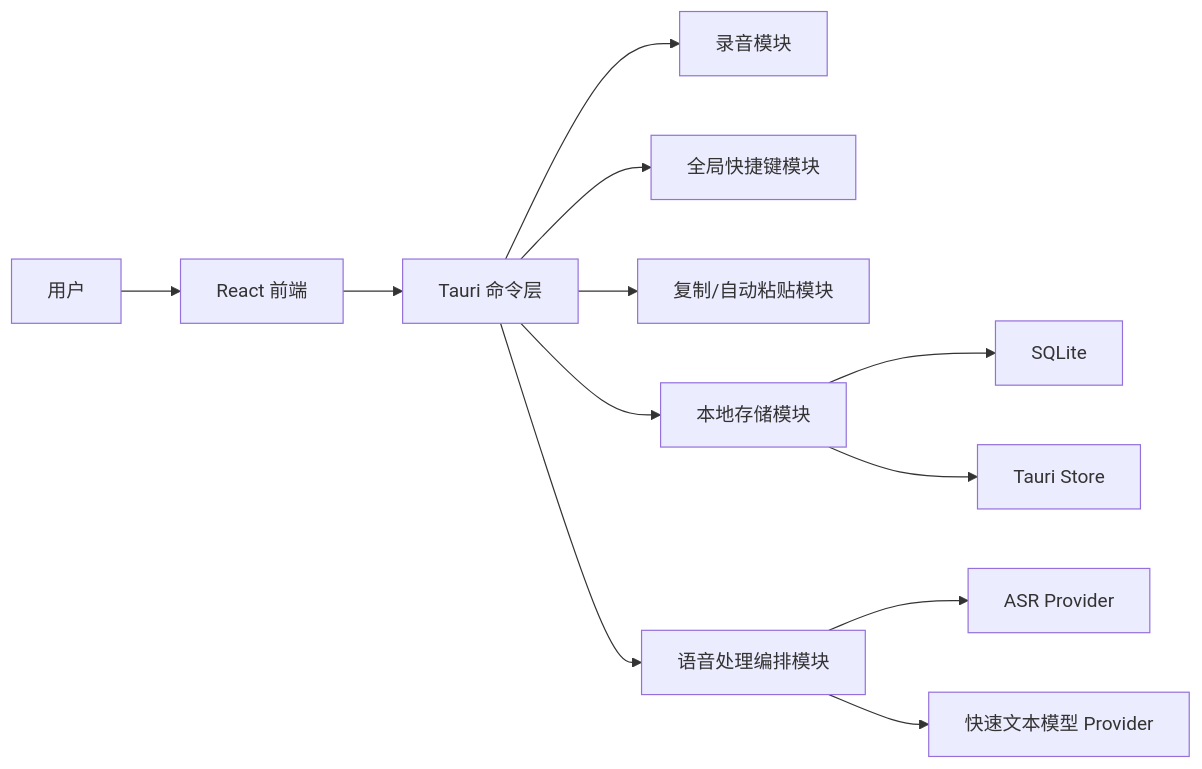
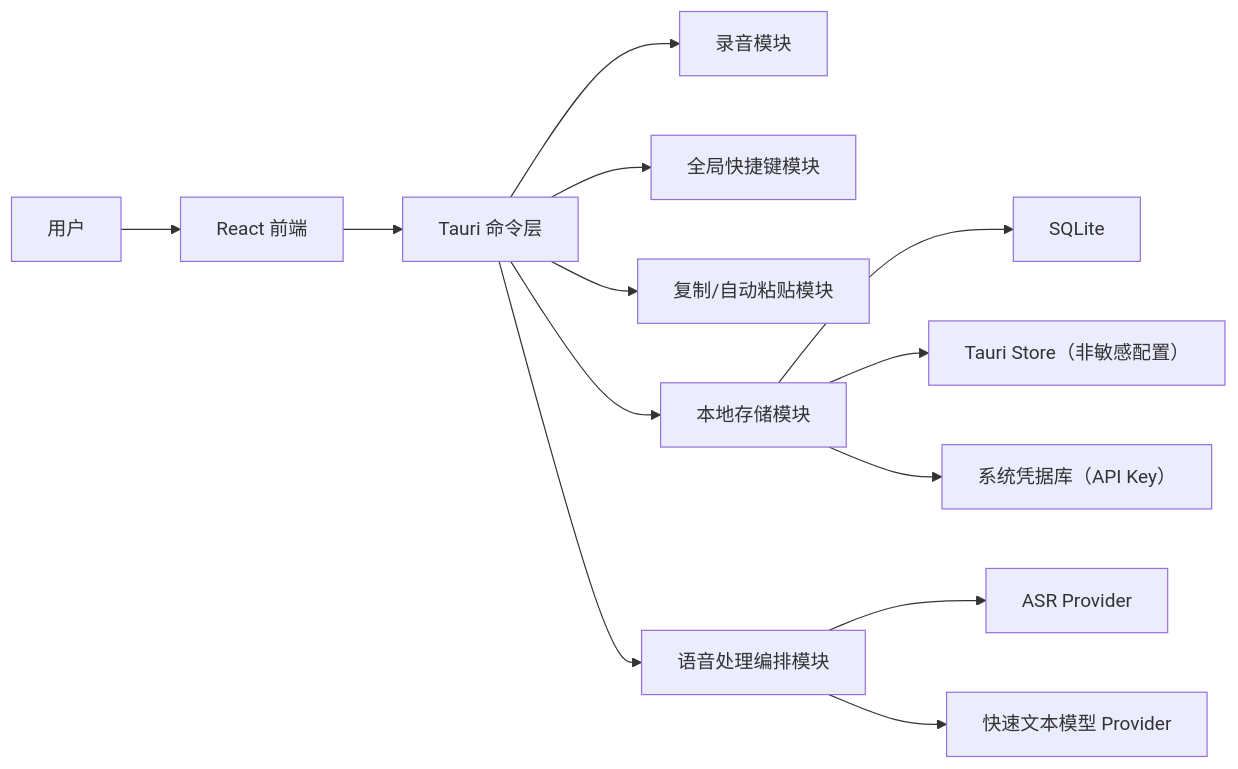
One commit to qinyu765/xiluolin changed the first of 2 diagrams in docs/solution-design.md. Above: the diagram before and after it, drawn with Mermaid. The commit also changed other lines of this file and 16 other files, not shown here.

````diff
--- a/docs/solution-design.md
+++ b/docs/solution-design.md
@@ -27,14 +27,15 @@
 ```mermaid
 flowchart LR
   User["用户"] --> UI["React 前端"]
   UI --> Tauri["Tauri 命令层"]
   Tauri --> Audio["录音模块"]
   Tauri --> Shortcut["全局快捷键模块"]
   Tauri --> Output["复制/自动粘贴模块"]
   Tauri --> Storage["本地存储模块"]
   Tauri --> Pipeline["语音处理编排模块"]
   Pipeline --> ASR["ASR Provider"]
   Pipeline --> LLM["快速文本模型 Provider"]
   Storage --> SQLite["SQLite"]
-  Storage --> Store["Tauri Store"]
+  Storage --> Store["Tauri Store（非敏感配置）"]
+  Storage --> Credentials["系统凭据库（API Key）"]
 ```
````
